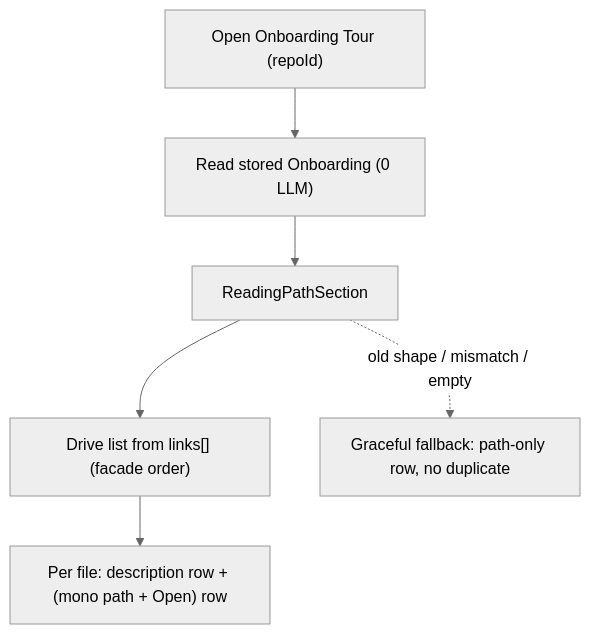
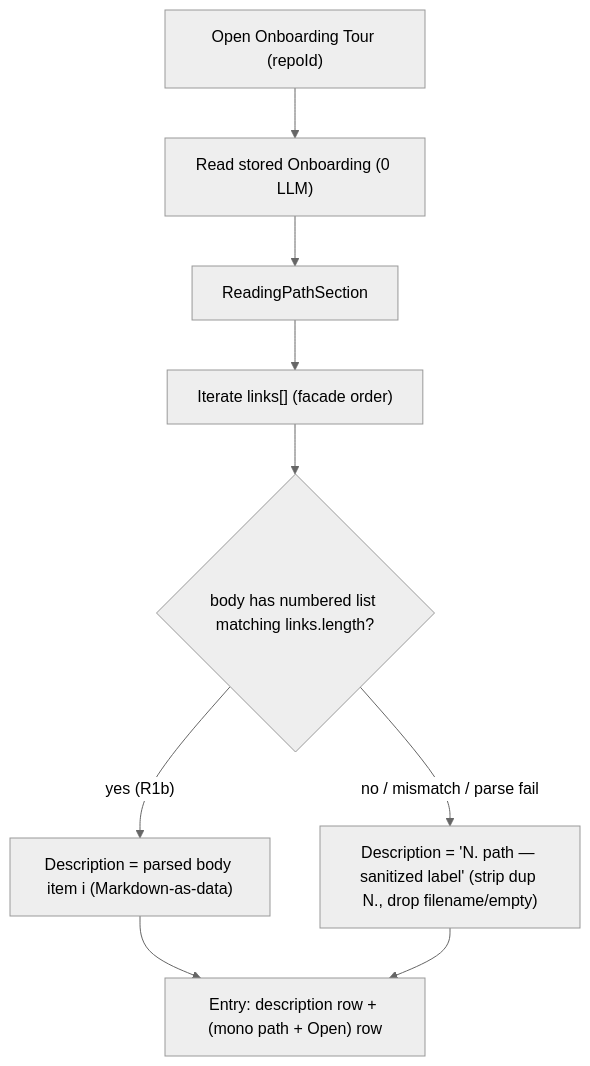
The first of 3 diagrams in docs/specs/SPEC-2026-07-05-brief-and-onboarding-ui-refinements.md (SyukPublic/dev-digest), drawn with Mermaid (neutral theme) before and after one commit. The commit also changed other lines of this file and 7 other files, not shown here.

First line of the commit message:
feat(client): reading-path descriptions from body list for stored tours

````diff
--- a/docs/specs/SPEC-2026-07-05-brief-and-onboarding-ui-refinements.md
+++ b/docs/specs/SPEC-2026-07-05-brief-and-onboarding-ui-refinements.md
@@ -381,8 +478,11 @@
 ```mermaid
 flowchart TD
   Open["Open Onboarding Tour (repoId)"] --> Read["Read stored Onboarding (0 LLM)"]
   Read --> RP["ReadingPathSection"]
-  RP --> Links["Drive list from links[] (facade order)"]
-  Links --> Row["Per file: description row + (mono path + Open) row"]
-  RP -.->|"old shape / mismatch / empty"| Fallback["Graceful fallback: path-only row, no duplicate"]
+  RP --> Links["Iterate links[] (facade order)"]
+  Links --> Parse{"body has numbered list matching links.length?"}
+  Parse -->|"yes (R1b)"| BodyDesc["Description = parsed body item i (Markdown-as-data)"]
+  Parse -->|"no / mismatch / parse fail"| Fallback["Description = 'N. path — sanitized label' (strip dup N., drop filename/empty)"]
+  BodyDesc --> Row["Entry: description row + (mono path + Open) row"]
+  Fallback --> Row
 ```
````
